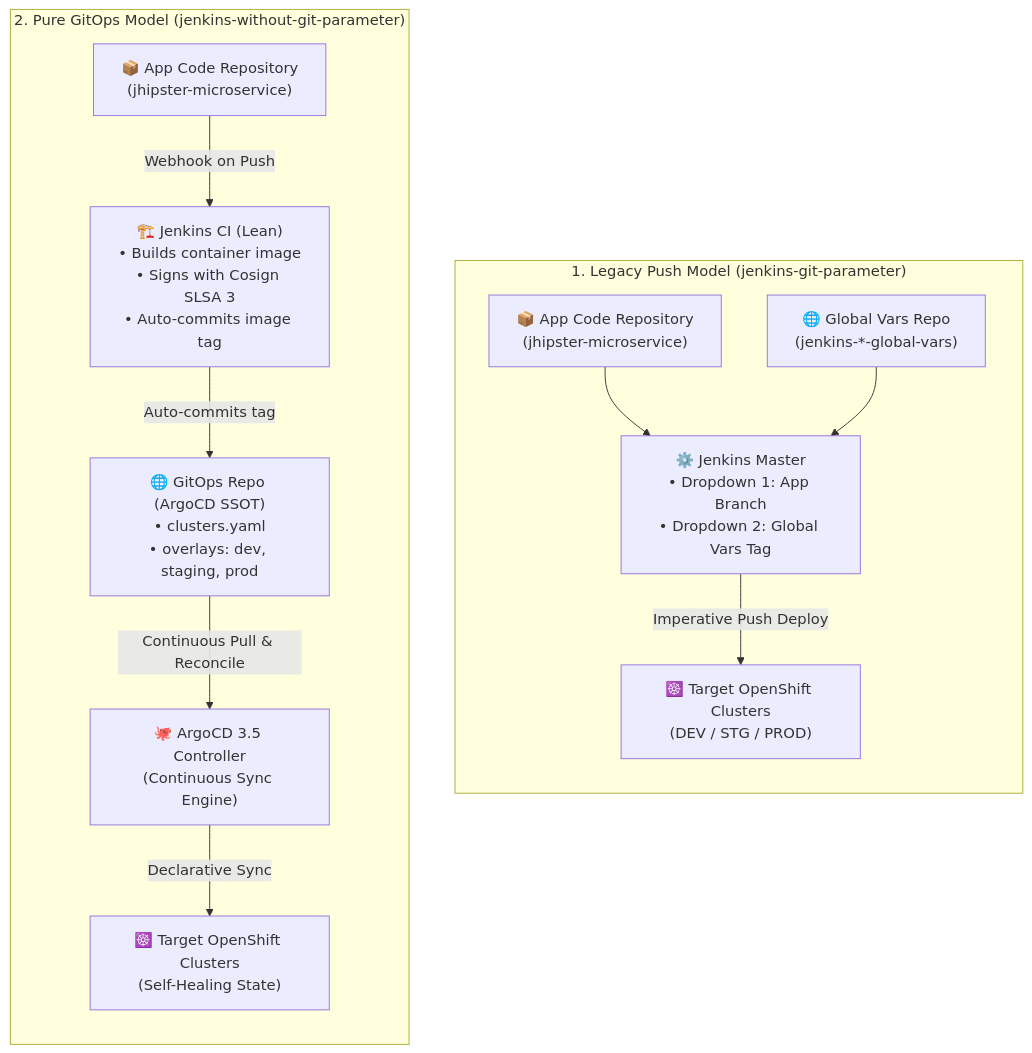
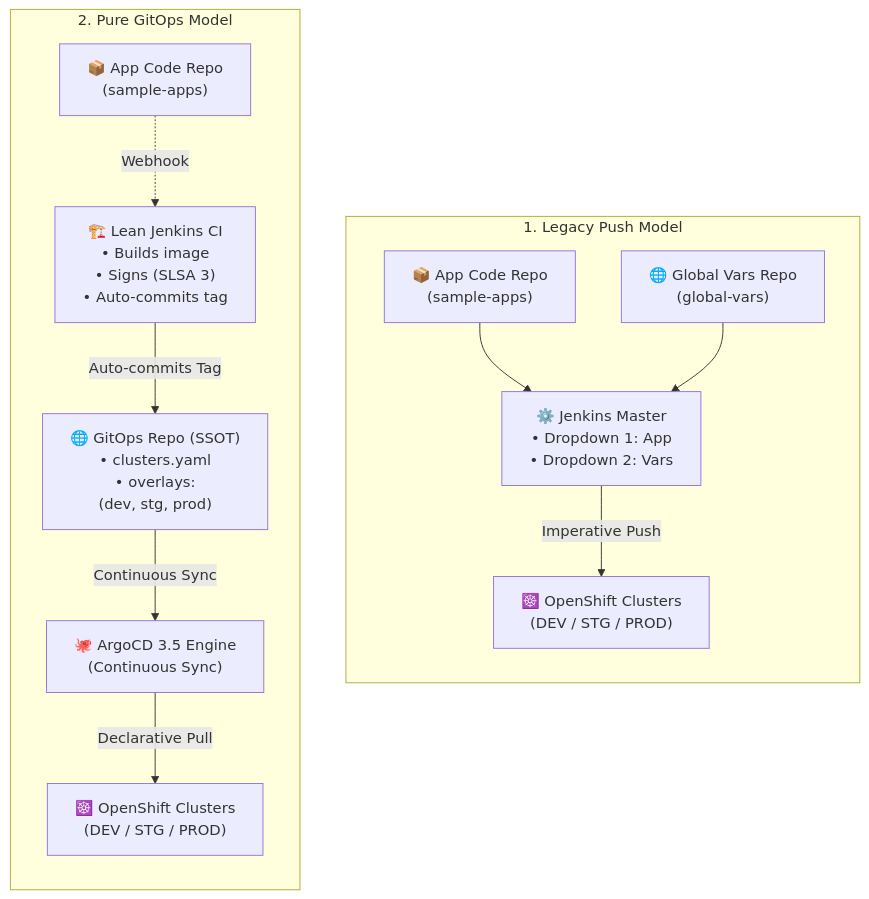
One commit to nubenetes/jenkins-without-git-parameter changed the second of 14 diagrams in README.md. Above: the diagram before and after it, drawn with Mermaid. The commit also changed other lines of this file, not shown here.

Commit message:
fix(mermaid): enforce hard 20-char line limit on all diagram nodes to permanently prevent text clipping on GitHub

````diff
--- a/README.md
+++ b/README.md
@@ -274,28 +274,28 @@
 ```mermaid
 flowchart TB
-    subgraph LegacyModel["1. Legacy Push Model (jenkins-git-parameter)"]
+    subgraph LegacyModel["1. Legacy Push Model"]
         direction TB
-        AppRepo1["📦 App Code Repository<br/>(jhipster-microservice)"]
-        GlobalVars1["🌐 Global Vars Repo<br/>(jenkins-*-global-vars)"]
-        Jenkins1["⚙️ Jenkins Master<br/>• Dropdown 1: App Branch<br/>• Dropdown 2: Global Vars Tag"]
-        Cluster1["☸️ Target OpenShift Clusters<br/>(DEV / STG / PROD)"]
+        AppRepo1["📦 App Code Repo<br/>(sample-apps)"]
+        GlobalVars1["🌐 Global Vars Repo<br/>(global-vars)"]
+        Jenkins1["⚙️ Jenkins Master<br/>• Dropdown 1: App<br/>• Dropdown 2: Vars"]
+        Cluster1["☸️ OpenShift Clusters<br/>(DEV / STG / PROD)"]
 
         AppRepo1 --> Jenkins1
         GlobalVars1 --> Jenkins1
-        Jenkins1 -->|"Imperative Push Deploy"| Cluster1
+        Jenkins1 -->|"Imperative Push"| Cluster1
     end
 
-    subgraph GitOpsModel["2. Pure GitOps Model (jenkins-without-git-parameter)"]
+    subgraph GitOpsModel["2. Pure GitOps Model"]
         direction TB
-        AppRepo2["📦 App Code Repository<br/>(jhipster-microservice)"]
-        Jenkins2["🏗️ Jenkins CI (Lean)<br/>• Builds container image<br/>• Signs with Cosign SLSA 3<br/>• Auto-commits image tag"]
-        GitOpsRepo["🌐 GitOps Repo (ArgoCD SSOT)<br/>• clusters.yaml<br/>• overlays: dev, staging, prod"]
-        ArgoCD["🐙 ArgoCD 3.5 Controller<br/>(Continuous Sync Engine)"]
-        Cluster2["☸️ Target OpenShift Clusters<br/>(Self-Healing State)"]
+        AppRepo2["📦 App Code Repo<br/>(sample-apps)"]
+        Jenkins2["🏗️ Lean Jenkins CI<br/>• Builds image<br/>• Signs (SLSA 3)<br/>• Auto-commits tag"]
+        GitOpsRepo["🌐 GitOps Repo (SSOT)<br/>• clusters.yaml<br/>• overlays:<br/>(dev, stg, prod)"]
+        ArgoCD["🐙 ArgoCD 3.5 Engine<br/>(Continuous Sync)"]
+        Cluster2["☸️ OpenShift Clusters<br/>(DEV / STG / PROD)"]
 
-        AppRepo2 -->|"Webhook on Push"| Jenkins2
-        Jenkins2 -->|"Auto-commits tag"| GitOpsRepo
-        GitOpsRepo -->|"Continuous Pull & Reconcile"| ArgoCD
-        ArgoCD -->|"Declarative Sync"| Cluster2
+        AppRepo2 -.->|"Webhook"| Jenkins2
+        Jenkins2 -->|"Auto-commits Tag"| GitOpsRepo
+        GitOpsRepo -->|"Continuous Sync"| ArgoCD
+        ArgoCD -->|"Declarative Pull"| Cluster2
     end
 ```
````
